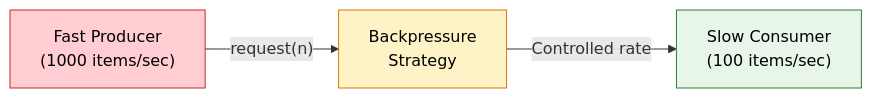
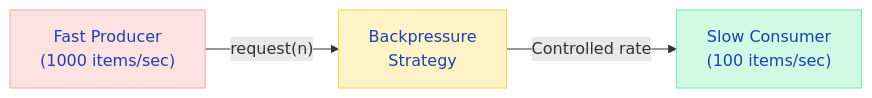
The fourth of 5 diagrams in docs/springboot/webflux.md (saivamsikaruturi/vamsilabs-dev-notes-main), drawn with Mermaid before and after one commit. The commit also changed other lines of this file and 220 other files, not shown here.

First line of the commit message:
Add 50+ new Java/Spring Boot pages, rewrite CSS code blocks to Oracle style, fix all diagram colors

````diff
--- a/docs/springboot/webflux.md
+++ b/docs/springboot/webflux.md
@@ -245,9 +245,9 @@
 ```mermaid
 flowchart LR
     P["Fast Producer<br/>(1000 items/sec)"] -->|"request(n)"| B["Backpressure<br/>Strategy"]
     B -->|"Controlled rate"| S["Slow Consumer<br/>(100 items/sec)"]
 
-    style P fill:#FFCDD2,stroke:#C62828,color:#000
-    style B fill:#FEF3C7,stroke:#D97706,color:#000
-    style S fill:#E8F5E9,stroke:#2E7D32,color:#000
+    style P fill:#FEE2E2,stroke:#FCA5A5,color:#1E40AF
+    style B fill:#FEF3C7,stroke:#FCD34D,color:#1E40AF
+    style S fill:#D1FAE5,stroke:#6EE7B7,color:#1E40AF
 ```
````
